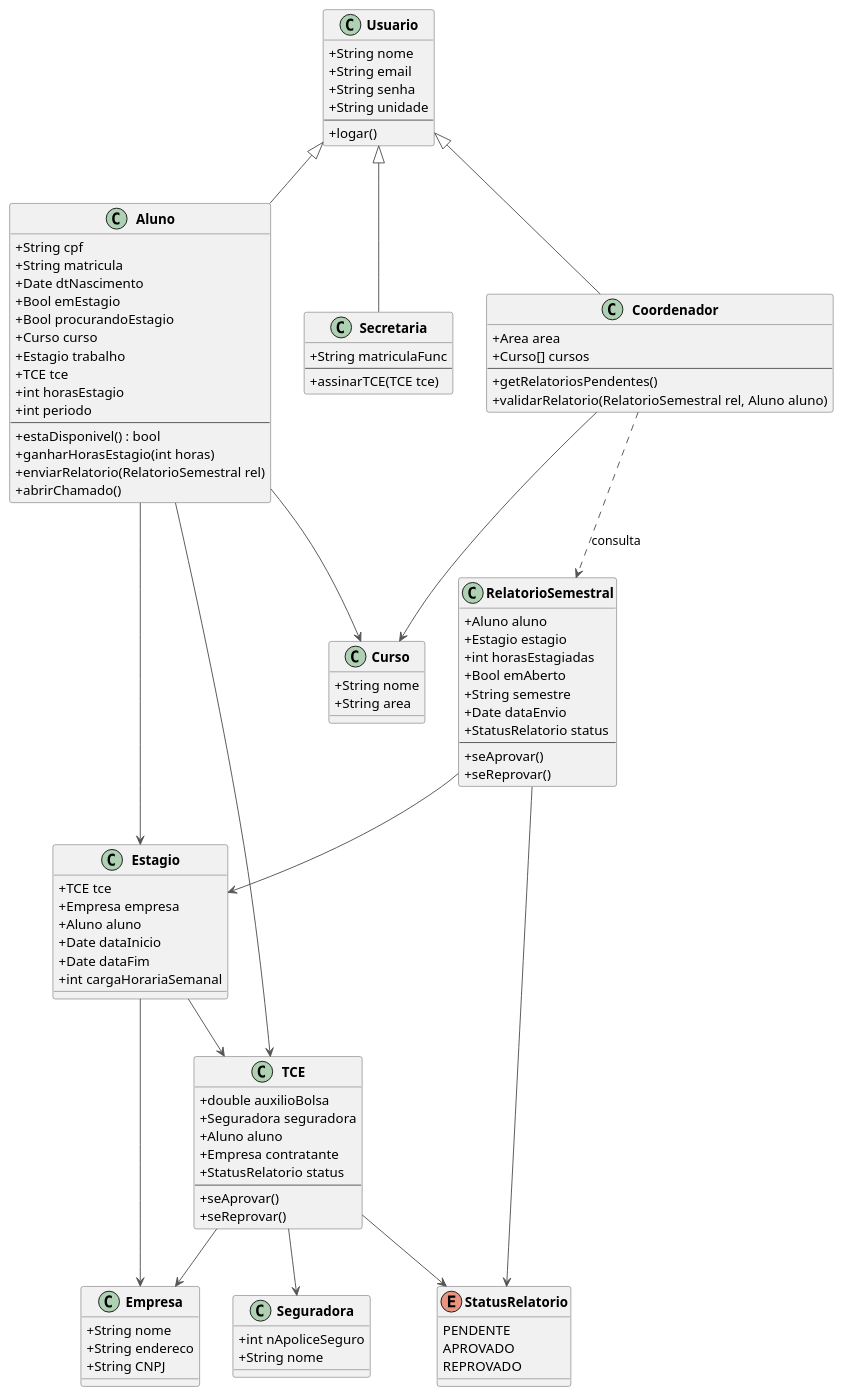
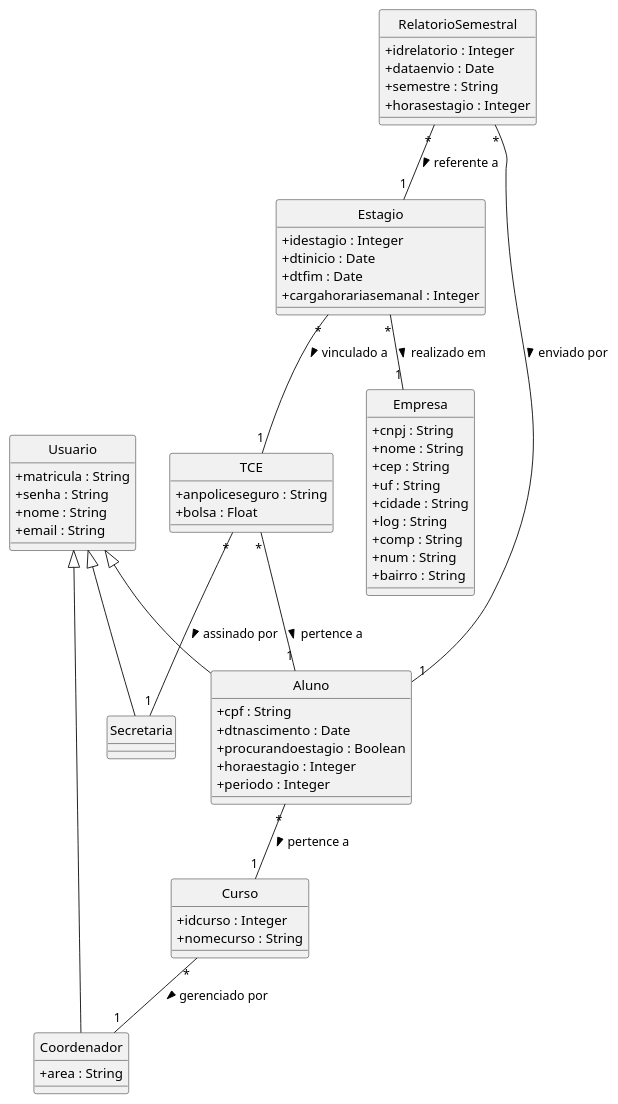
One commit to Projetos-de-Extensao/PBE_26.1_8002_IV changed the diagram in Elaboracao/diagrama_de_classe.puml. Above: the diagram before and after it, drawn with PlantUML. The commit also changed other lines of this file and 35 other files, not shown here.

```diff
--- a/Elaboracao/diagrama_de_classe.puml
+++ b/Elaboracao/diagrama_de_classe.puml
@@ -3,149 +1,98 @@
-@startuml diagrama_estagio
+@startuml diagrama_estagio_django
 
 skinparam classAttributeIconSize 0
-skinparam classFontStyle bold
-skinparam ArrowColor #555555
-skinparam ClassBorderColor #555555
+skinparam monochrome true
+hide circle
 
 ' ─────────────────────────────
-'  ENUM
+'  USUÁRIO E HERANÇA
 ' ─────────────────────────────
 
-enum StatusRelatorio {
-  PENDENTE
-  APROVADO
-  REPROVADO
+class Usuario {
+  + matricula : String
+  + senha : String
+  + nome : String
+  + email : String
+}
+
+class Secretaria {
+  ' Herda os atributos de Usuario
+}
+
+class Aluno {
+  + cpf : String
+  + dtnascimento : Date
+  + procurandoestagio : Boolean
+  + horaestagio : Integer
+  + periodo : Integer
+}
+
+class Coordenador {
+  + area : String
 }
 
 ' ─────────────────────────────
-'  ENTIDADES EXTERNAS
+'  ENTIDADES PRINCIPAIS
 ' ─────────────────────────────
 
-class Seguradora {
-  + int nApoliceSeguro
-  + String nome
+class Curso {
+  + idcurso : Integer
+  + nomecurso : String
 }
 
 class Empresa {
-  + String nome
-  + String endereco
-  + String CNPJ
+  + cnpj : String
+  + nome : String
+  + cep : String
+  + uf : String
+  + cidade : String
+  + log : String
+  + comp : String
+  + num : String
+  + bairro : String
 }
 
-class Curso {
-  + String nome
-  + String area
-}
-
-' ─────────────────────────────
-'  USUARIO E SUBCLASSES
-' ─────────────────────────────
-
-class Usuario {
-  + String nome
-  + String email
-  + String senha
-  + String unidade
-  --
-  + logar()
-}
-
-class Aluno {
-  + String cpf
-  + String matricula
-  + Date dtNascimento
-  + Bool emEstagio
-  + Bool procurandoEstagio
-  + Curso curso
-  + Estagio trabalho
-  + TCE tce
-  + int horasEstagio
-  + int periodo
-  --
-  + estaDisponivel() : bool
-  + ganharHorasEstagio(int horas)
-  + enviarRelatorio(RelatorioSemestral rel)
-  + abrirChamado()
-}
-
-class Secretaria {
-  + String matriculaFunc
-  --
-  + assinarTCE(TCE tce)
-}
-
-class Coordenador {
-  + Area area
-  + Curso[] cursos
-  --
-  + getRelatoriosPendentes()
-  + validarRelatorio(RelatorioSemestral rel, Aluno aluno)
-}
-
-' ─────────────────────────────
-'  DOCUMENTOS
-' ─────────────────────────────
-
 class TCE {
-  + double auxilioBolsa
-  + Seguradora seguradora
-  + Aluno aluno
-  + Empresa contratante
-  + StatusRelatorio status
-  --
-  + seAprovar()
-  + seReprovar()
+  + anpoliceseguro : String
+  + bolsa : Float
 }
 
 class Estagio {
-  + TCE tce
-  + Empresa empresa
-  + Aluno aluno
-  + Date dataInicio
-  + Date dataFim
-  + int cargaHorariaSemanal
+  + idestagio : Integer
+  + dtinicio : Date
+  + dtfim : Date
+  + cargahorariasemanal : Integer
 }
 
 class RelatorioSemestral {
-  + Aluno aluno
-  + Estagio estagio
-  + int horasEstagiadas
-  + Bool emAberto
-  + String semestre
-  + Date dataEnvio
-  + StatusRelatorio status
-  --
-  + seAprovar()
-  + seReprovar()
+  + idrelatorio : Integer
+  + dataenvio : Date
+  + semestre : String
+  + horasestagio : Integer
 }
 
 ' ─────────────────────────────
 '  HERANÇA
 ' ─────────────────────────────
 
+Usuario <|-- Secretaria
 Usuario <|-- Aluno
-Usuario <|-- Secretaria
 Usuario <|-- Coordenador
 
 ' ─────────────────────────────
-'  ASSOCIAÇÕES
+'  ASSOCIAÇÕES (Foreign Keys)
 ' ─────────────────────────────
 
-Aluno --> Curso
-Aluno --> TCE
-Aluno --> Estagio
+Aluno "*" -- "1" Curso : pertence a >
+Curso "*" -- "1" Coordenador : gerenciado por >
 
-TCE --> Seguradora
-TCE --> Empresa
-TCE --> StatusRelatorio
+TCE "*" -- "1" Secretaria : assinado por >
+TCE "*" -- "1" Aluno : pertence a >
 
-Estagio --> TCE
-Estagio --> Empresa
+Estagio "*" -- "1" TCE : vinculado a >
+Estagio "*" -- "1" Empresa : realizado em >
 
-Coordenador --> Curso
-Coordenador ..> RelatorioSemestral : consulta
-
-RelatorioSemestral --> Estagio
-RelatorioSemestral --> StatusRelatorio
+RelatorioSemestral "*" -- "1" Aluno : enviado por >
+RelatorioSemestral "*" -- "1" Estagio : referente a >
 
 @enduml
```
